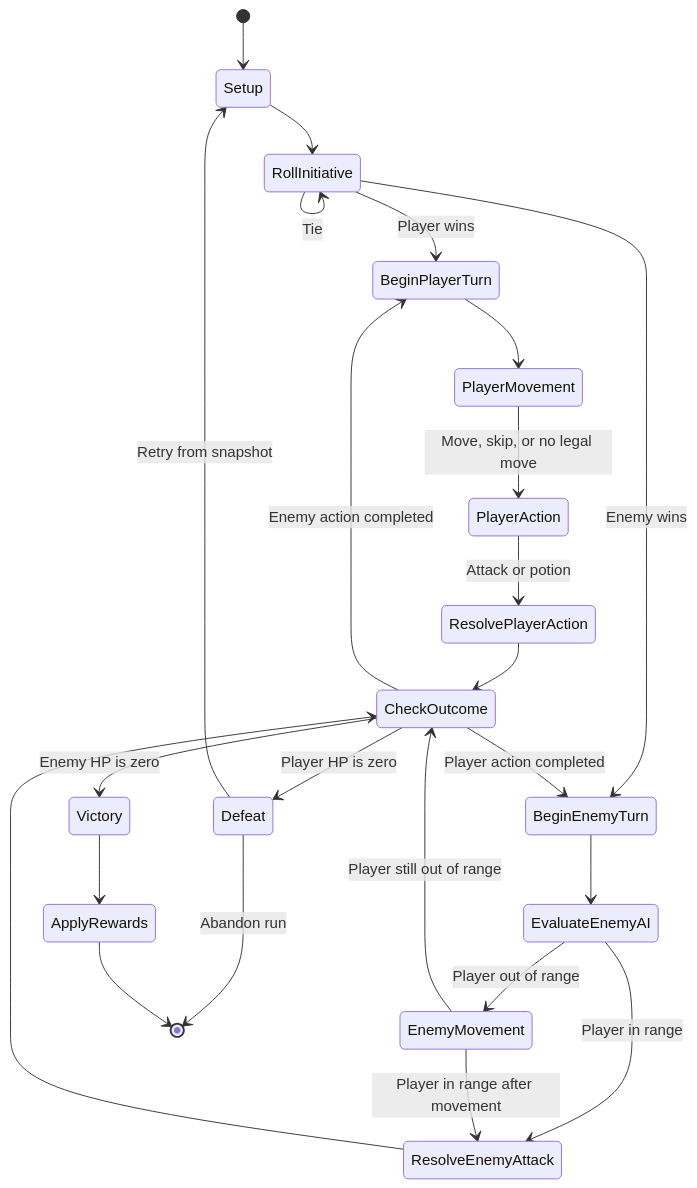
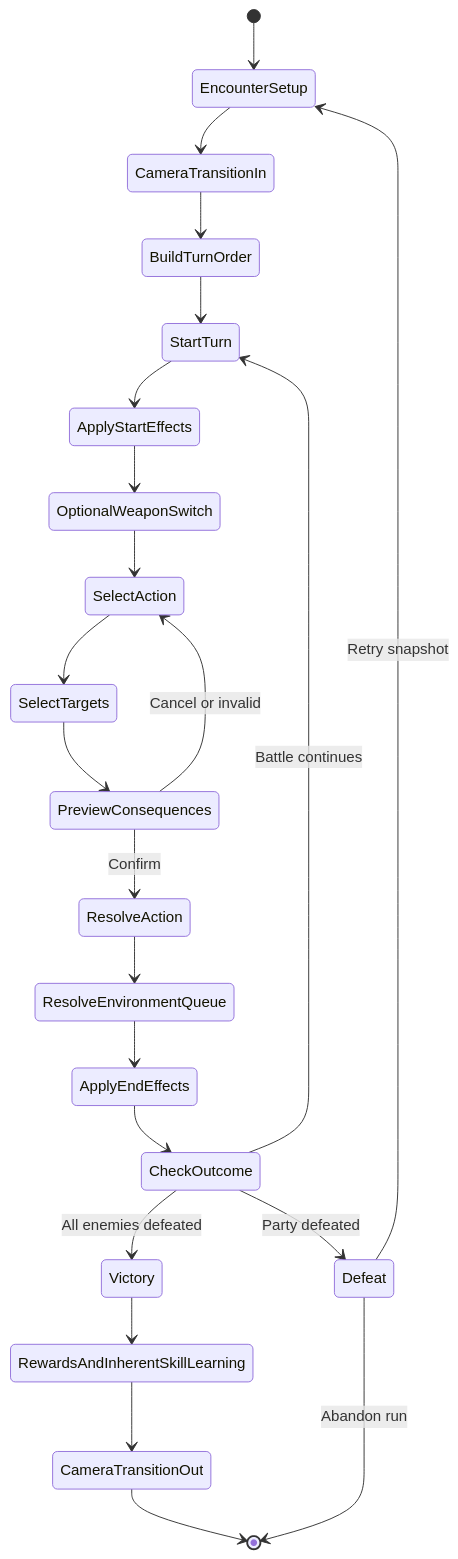
One commit to ctanne14-sudo/SER_494_GameProject changed the diagram in Docs/MVP/Combat_State_Machine.mmd. Above: the diagram before and after it, drawn with Mermaid. The commit also changed 26 other files, not shown here.

```diff
--- a/Docs/MVP/Combat_State_Machine.mmd
+++ b/Docs/MVP/Combat_State_Machine.mmd
@@ -1,28 +1,23 @@
 stateDiagram-v2
-    [*] --> Setup
-    Setup --> RollInitiative
-    RollInitiative --> RollInitiative: Tie
-    RollInitiative --> BeginPlayerTurn: Player wins
-    RollInitiative --> BeginEnemyTurn: Enemy wins
-
-    BeginPlayerTurn --> PlayerMovement
-    PlayerMovement --> PlayerAction: Move, skip, or no legal move
-    PlayerAction --> ResolvePlayerAction: Attack or potion
-    ResolvePlayerAction --> CheckOutcome
-
-    BeginEnemyTurn --> EvaluateEnemyAI
-    EvaluateEnemyAI --> EnemyMovement: Player out of range
-    EvaluateEnemyAI --> ResolveEnemyAttack: Player in range
-    EnemyMovement --> ResolveEnemyAttack: Player in range after movement
-    EnemyMovement --> CheckOutcome: Player still out of range
-    ResolveEnemyAttack --> CheckOutcome
-
-    CheckOutcome --> Victory: Enemy HP is zero
-    CheckOutcome --> Defeat: Player HP is zero
-    CheckOutcome --> BeginEnemyTurn: Player action completed
-    CheckOutcome --> BeginPlayerTurn: Enemy action completed
-
-    Defeat --> Setup: Retry from snapshot
+    [*] --> EncounterSetup
+    EncounterSetup --> CameraTransitionIn
+    CameraTransitionIn --> BuildTurnOrder
+    BuildTurnOrder --> StartTurn
+    StartTurn --> ApplyStartEffects
+    ApplyStartEffects --> OptionalWeaponSwitch
+    OptionalWeaponSwitch --> SelectAction
+    SelectAction --> SelectTargets
+    SelectTargets --> PreviewConsequences
+    PreviewConsequences --> SelectAction: Cancel or invalid
+    PreviewConsequences --> ResolveAction: Confirm
+    ResolveAction --> ResolveEnvironmentQueue
+    ResolveEnvironmentQueue --> ApplyEndEffects
+    ApplyEndEffects --> CheckOutcome
+    CheckOutcome --> StartTurn: Battle continues
+    CheckOutcome --> Victory: All enemies defeated
+    CheckOutcome --> Defeat: Party defeated
+    Victory --> RewardsAndInherentSkillLearning
+    RewardsAndInherentSkillLearning --> CameraTransitionOut
+    CameraTransitionOut --> [*]
+    Defeat --> EncounterSetup: Retry snapshot
     Defeat --> [*]: Abandon run
-    Victory --> ApplyRewards
-    ApplyRewards --> [*]
```
